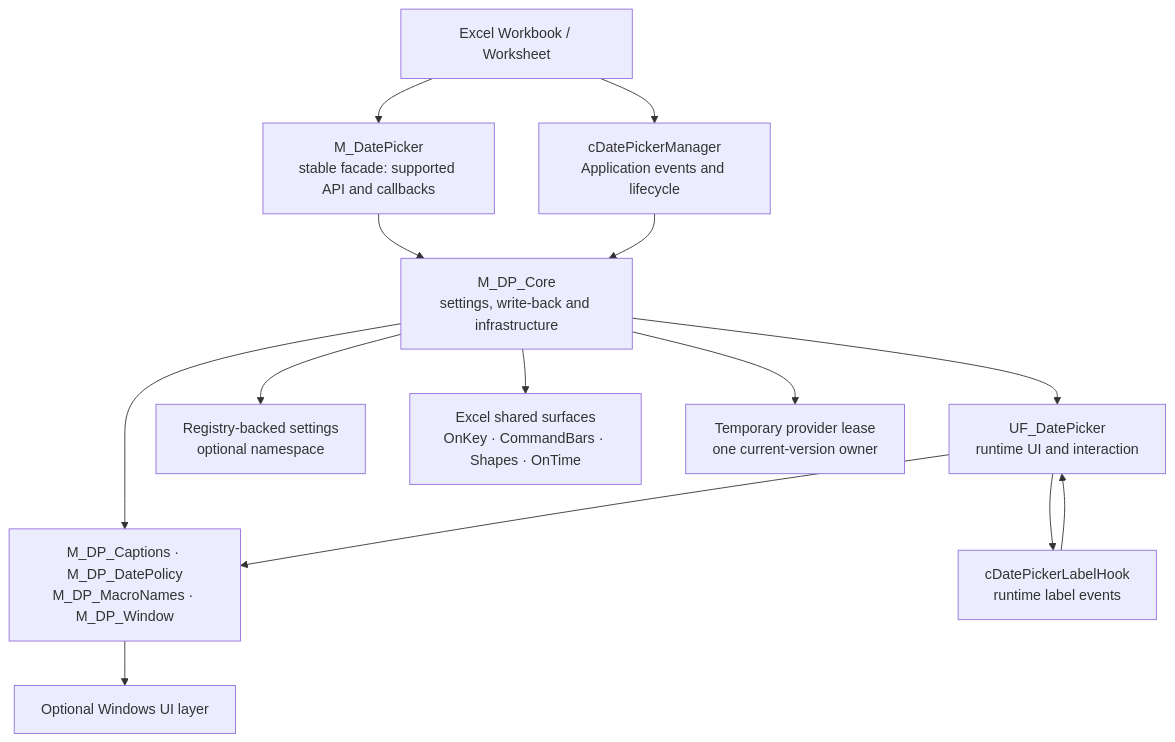
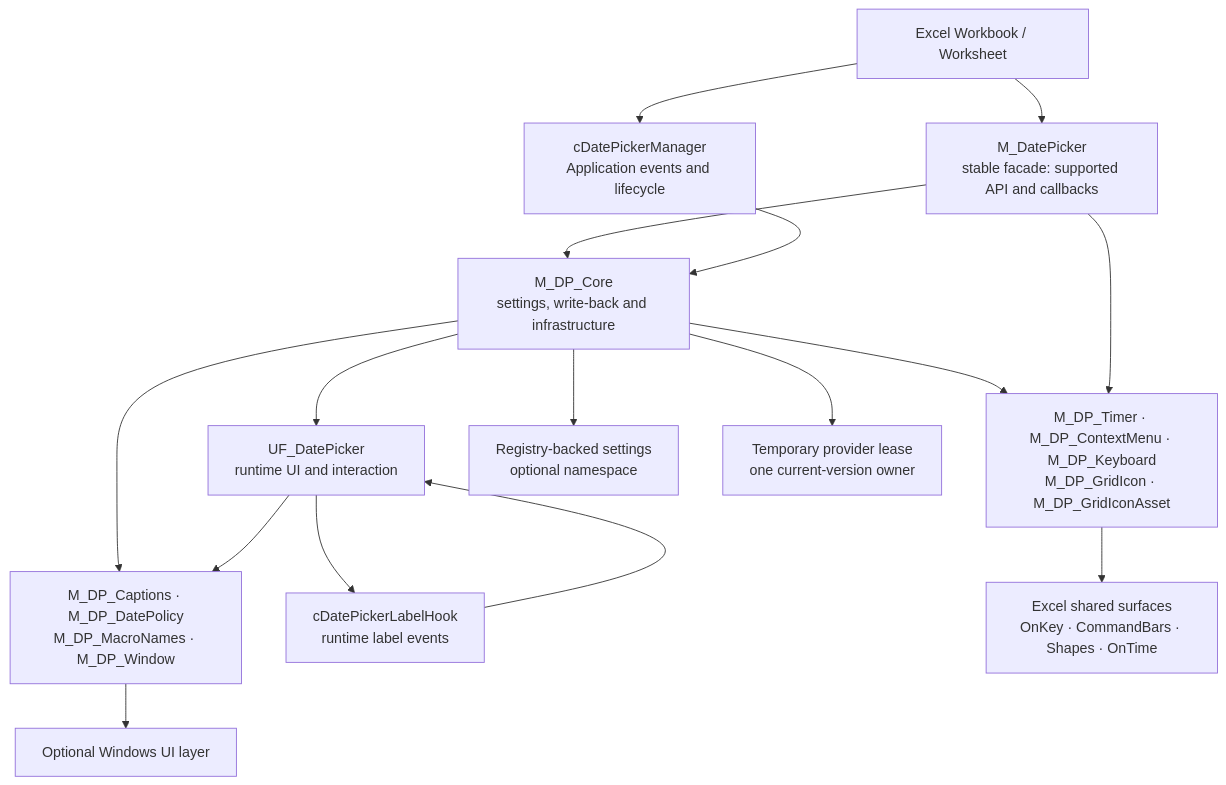
The diagram in README.md (danielep71/VBA-DATETIMEPICKER), drawn with Mermaid before and after one commit. The commit also changed other lines of this file and 14 other files, not shown here.

````diff
--- a/README.md
+++ b/README.md
@@ -1117,28 +1127,31 @@
 ```mermaid
 flowchart TD
     EXCEL[Excel Workbook / Worksheet]
     MANAGER[cDatePickerManager<br/>Application events and lifecycle]
     FACADE[M_DatePicker<br/>stable facade: supported API and callbacks]
     MODULE[M_DP_Core<br/>settings, write-back and infrastructure]
     SERVICES[M_DP_Captions · M_DP_DatePolicy<br/>M_DP_MacroNames · M_DP_Window]
+    INTEGRATIONS[M_DP_Timer · M_DP_ContextMenu · M_DP_Keyboard<br/>M_DP_GridIcon · M_DP_GridIconAsset]
     FORM[UF_DatePicker<br/>runtime UI and interaction]
     HOOKS[cDatePickerLabelHook<br/>runtime label events]
     SETTINGS[Registry-backed settings<br/>optional namespace]
     SURFACES[Excel shared surfaces<br/>OnKey · CommandBars · Shapes · OnTime]
     LEASE[Temporary provider lease<br/>one current-version owner]
     WINAPI[Optional Windows UI layer]
 
     EXCEL --> MANAGER
     EXCEL --> FACADE
     FACADE --> MODULE
     MANAGER --> MODULE
     MODULE --> SERVICES
+    MODULE --> INTEGRATIONS
+    FACADE --> INTEGRATIONS
     FORM --> SERVICES
     MODULE --> FORM
     FORM --> HOOKS
     HOOKS --> FORM
     MODULE --> SETTINGS
-    MODULE --> SURFACES
+    INTEGRATIONS --> SURFACES
     MODULE --> LEASE
     SERVICES --> WINAPI
 ```
````
